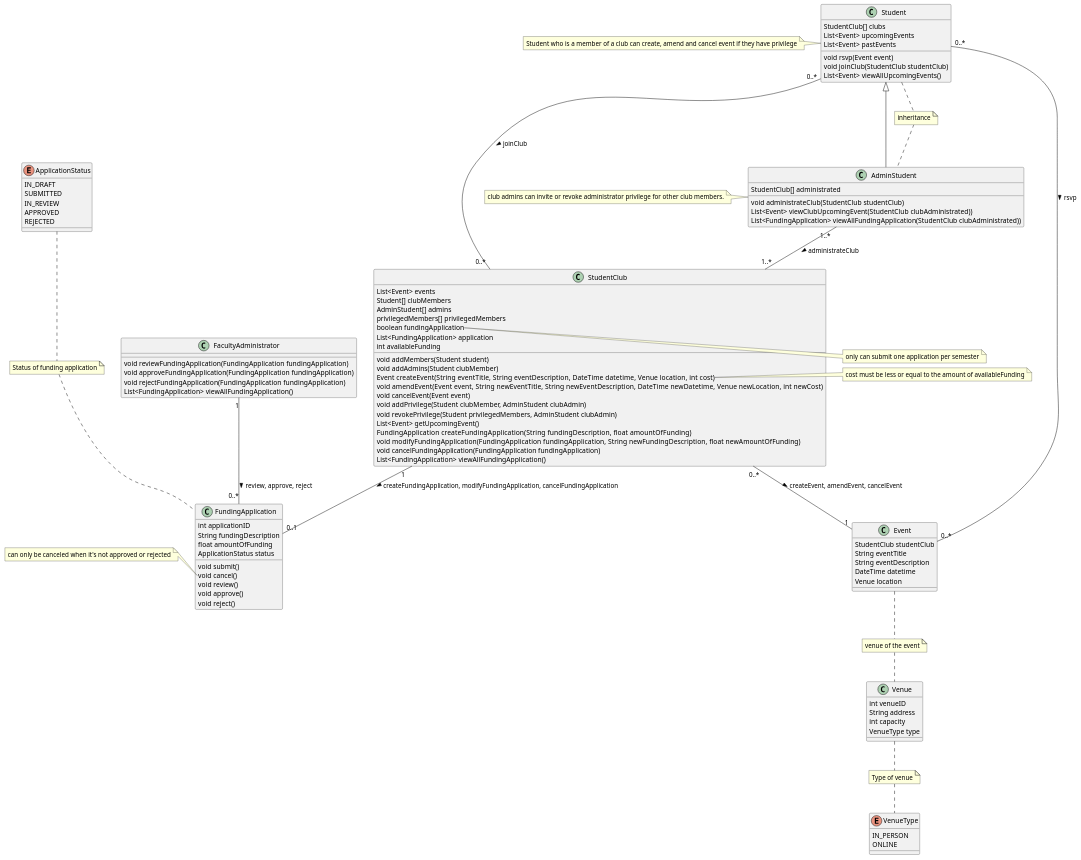
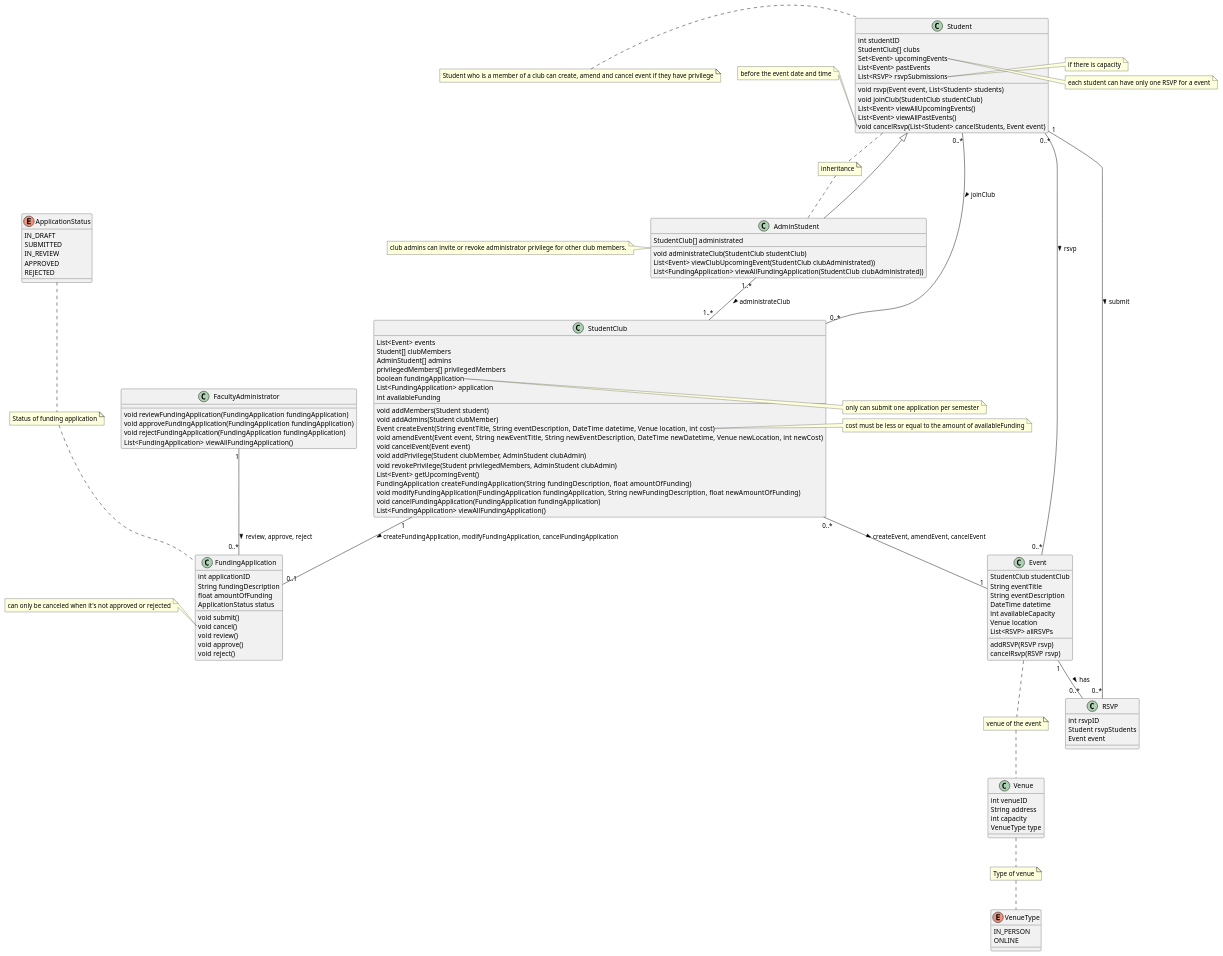
The diagram in docs/part1/events_management_domain_model.puml (PatLi315/StudentClub), drawn with PlantUML before and after one commit.

Commit message:
Complete the forth paragraph of the application model for the domain model diagram

```diff
--- a/docs/part1/events_management_domain_model.puml
+++ b/docs/part1/events_management_domain_model.puml
@@ -1,131 +1,159 @@
 @startuml
 class Student {
+    int studentID
     StudentClub[] clubs
-    List<Event> upcomingEvents
+    Set<Event> upcomingEvents
     List<Event> pastEvents
-    void rsvp(Event event)
+    List<RSVP> rsvpSubmissions
+    void rsvp(Event event, List<Student> students)
     void joinClub(StudentClub studentClub)
     List<Event> viewAllUpcomingEvents()
+    List<Event> viewAllPastEvents()
+    void cancelRsvp(List<Student> cancelStudents, Event event)
 }
 note left of Student: Student who is a member of a club can create, amend and cancel event if \
 they have privilege
+
+note right of Student::rsvp
+    if there is capacity
+end note
+
+note left of Student::cancelRsvp
+    before the event date and time
+end note
+
+note right of Student::upcomingEvents
+    each student can have only one RSVP for a event
+end note
+
+class RSVP {
+    int rsvpID
+    Student rsvpStudents
+    Event event
+}
 
 class AdminStudent extends Student {
     StudentClub[] administrated
     void administrateClub(StudentClub studentClub)
     List<Event> viewClubUpcomingEvent(StudentClub clubAdministrated))
     List<FundingApplication> viewAllFundingApplication(StudentClub clubAdministrated))
 }
 note left of AdminStudent: club admins can invite or revoke administrator privilege \
 for other club members.
 
 note "inheritance" as N1
 Student .. N1
 N1 .. AdminStudent
 
 class StudentClub {
     List<Event> events
     Student[] clubMembers
     AdminStudent[] admins
     privilegedMembers[] privilegedMembers
     boolean fundingApplication
     List<FundingApplication> application
     int availableFunding
     void addMembers(Student student)
     void addAdmins(Student clubMember)
     Event createEvent(String eventTitle, String eventDescription, DateTime datetime, \
     Venue location, int cost)
     void amendEvent(Event event, String newEventTitle, String newEventDescription, \
     DateTime newDatetime, Venue newLocation, int newCost)
     void cancelEvent(Event event)
     void addPrivilege(Student clubMember, AdminStudent clubAdmin)
     void revokePrivilege(Student privilegedMembers, AdminStudent clubAdmin)
     List<Event> getUpcomingEvent()
     FundingApplication createFundingApplication(String fundingDescription, \
     float amountOfFunding)
     void modifyFundingApplication(FundingApplication fundingApplication, String newFundingDescription, \
     float newAmountOfFunding)
     void cancelFundingApplication(FundingApplication fundingApplication)
     List<FundingApplication> viewAllFundingApplication()
 }
 
 note right of StudentClub::fundingApplication
     only can submit one application per semester
 end note
 
 note right of StudentClub::createEvent
     cost must be less or equal to the amount of availableFunding
 end note
 
 class Venue {
     int venueID
     String address
     int capacity
     VenueType type
 }
 
 enum VenueType {
     IN_PERSON
     ONLINE
 }
 
 class Event {
     StudentClub studentClub
     String eventTitle
     String eventDescription
     DateTime datetime
+    int availableCapacity
     Venue location
+    List<RSVP> allRSVPs
+    addRSVP(RSVP rsvp)
+    cancelRsvp(RSVP rsvp)
 }
 
 note "venue of the event" as N2
 Event .. N2
 N2 .. Venue
 note "Type of venue" as N3
 Venue .. N3
 N3 .. VenueType
 
 class FundingApplication {
     int applicationID
     String fundingDescription
     float amountOfFunding
     ApplicationStatus status
     void submit()
     void cancel()
     void review()
     void approve()
     void reject()
 }
 
 note left of FundingApplication::cancel()
     can only be canceled when it's not approved or rejected
 end note
 
 enum ApplicationStatus {
     IN_DRAFT
     SUBMITTED
     IN_REVIEW
     APPROVED
     REJECTED
 }
 
 note "Status of funding application" as N4
 ApplicationStatus .. N4
 N4 .. FundingApplication
 
 class FacultyAdministrator {
     void reviewFundingApplication(FundingApplication fundingApplication)
     void approveFundingApplication(FundingApplication fundingApplication)
     void rejectFundingApplication(FundingApplication fundingApplication)
     List<FundingApplication> viewAllFundingApplication()
 }
 
 Student "0..*" -- "0..*" Event : rsvp >
 AdminStudent "1..*" -- "1..*" StudentClub : administrateClub >
 Student "0..*" -- "0..*" StudentClub : joinClub >
 StudentClub "0..*" -- "1" Event : createEvent, amendEvent, cancelEvent >
 StudentClub "1" -- "0..1" FundingApplication : createFundingApplication, \
 modifyFundingApplication, cancelFundingApplication >
 FacultyAdministrator "1" -- "0..*" FundingApplication : review, approve, reject >
+Student "1" -- "0..*" RSVP : submit >
+Event "1" -- "0..*" RSVP : has >
 
 
 @enduml
```
